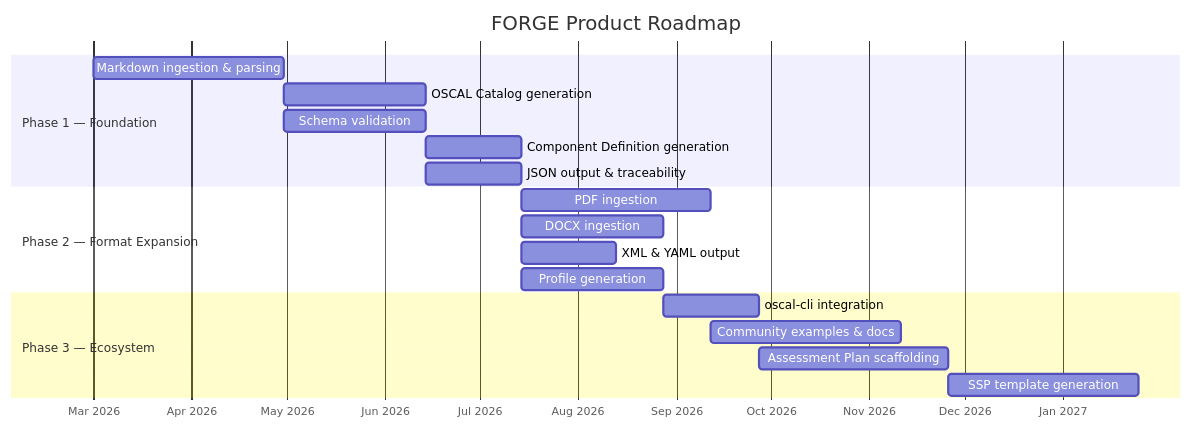
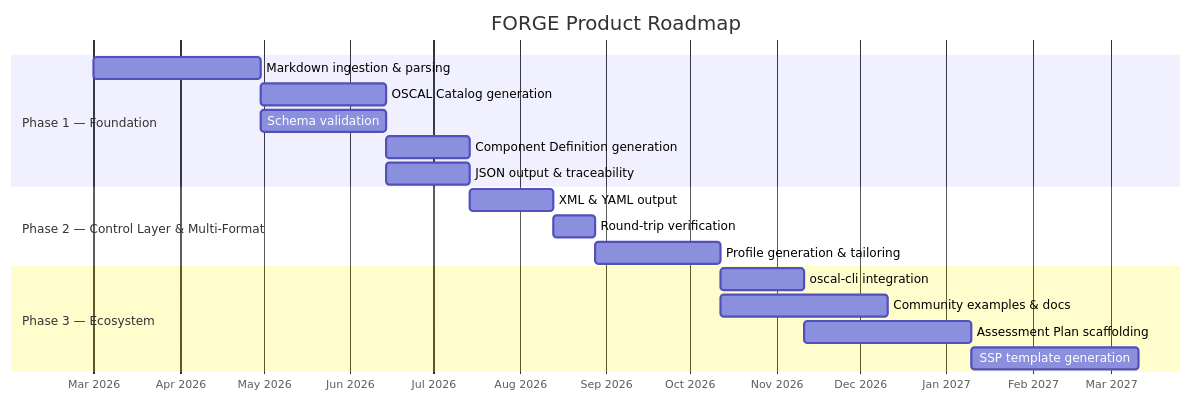
One commit to policy-forge/forge changed the fourth of 4 diagrams in docs/FORGE_PRODUCT_VISION.md. Above: the diagram before and after it, drawn with Mermaid. The commit also changed other lines of this file and 2 other files, not shown here.

````diff
--- a/docs/FORGE_PRODUCT_VISION.md
+++ b/docs/FORGE_PRODUCT_VISION.md
@@ -208,25 +205,24 @@
 ```mermaid
 gantt
     title FORGE Product Roadmap
     dateFormat YYYY-MM-DD
     axisFormat %b %Y
 
     section Phase 1 — Foundation
         Markdown ingestion & parsing      :p1a, 2026-03-01, 60d
         OSCAL Catalog generation          :p1b, after p1a, 45d
         Schema validation                 :p1c, after p1a, 45d
         Component Definition generation   :p1d, after p1b, 30d
         JSON output & traceability        :p1e, after p1c, 30d
 
-    section Phase 2 — Format Expansion
-        PDF ingestion                     :p2a, after p1e, 60d
-        DOCX ingestion                    :p2b, after p1e, 45d
-        XML & YAML output                 :p2c, after p1e, 30d
-        Profile generation                :p2d, after p1e, 45d
+    section Phase 2 — Control Layer & Multi-Format
+        XML & YAML output                 :p2a, after p1e, 30d
+        Round-trip verification           :p2b, after p2a, 15d
+        Profile generation & tailoring    :p2c, after p2b, 45d
 
     section Phase 3 — Ecosystem
-        oscal-cli integration             :p3a, after p2d, 30d
-        Community examples & docs         :p3b, after p2a, 60d
+        oscal-cli integration             :p3a, after p2c, 30d
+        Community examples & docs         :p3b, after p2c, 60d
         Assessment Plan scaffolding       :p3c, after p3a, 60d
         SSP template generation           :p3d, after p3c, 60d
 ```
````
